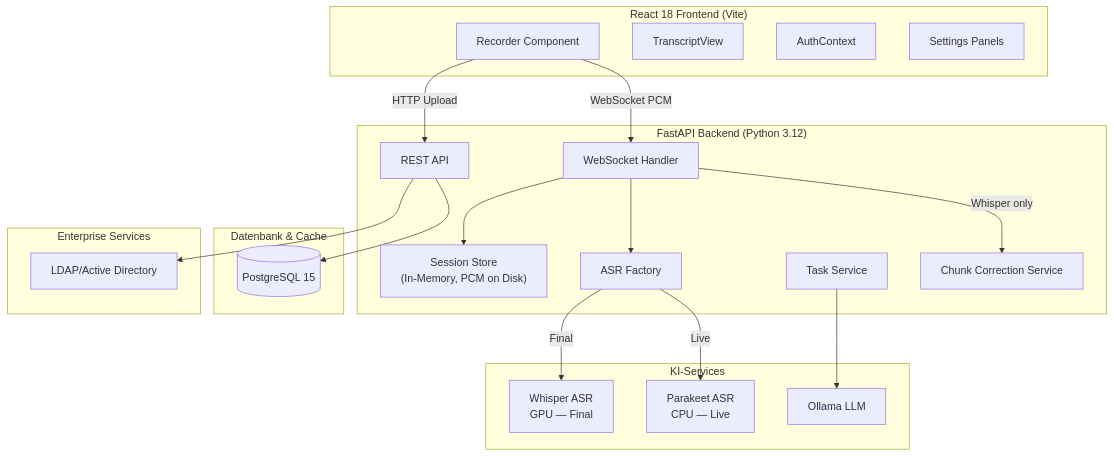
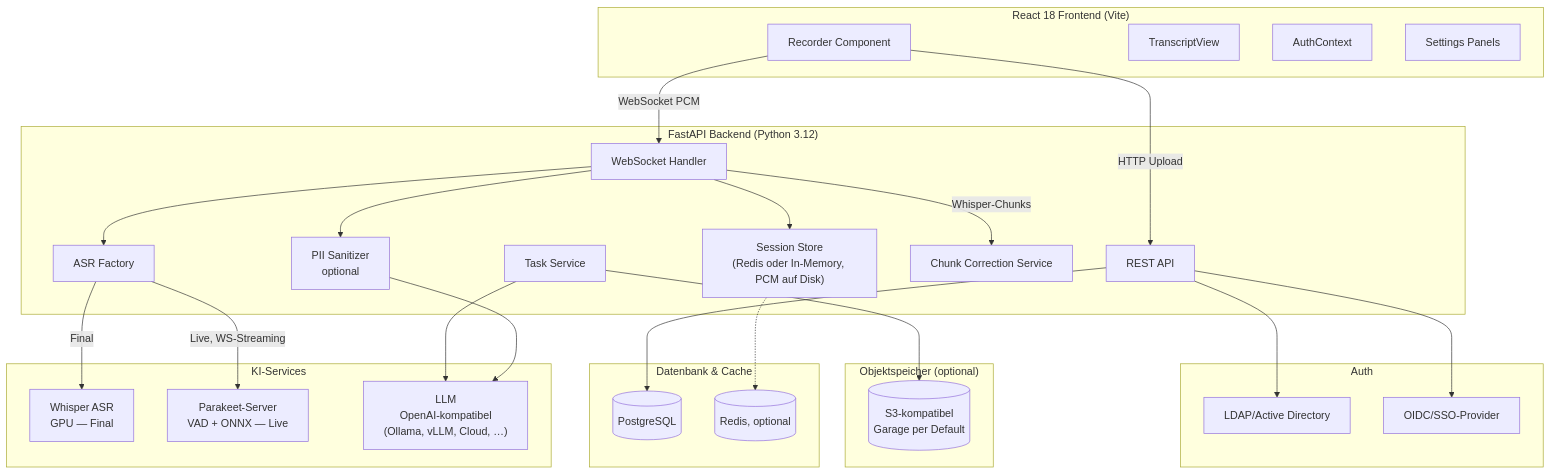
One commit to s2a-open-technologies/openDox changed the first of 4 diagrams in docs/opendox.md. Above: the diagram before and after it, drawn with Mermaid. The commit also changed other lines of this file and 28 other files, not shown here.

````diff
--- a/docs/opendox.md
+++ b/docs/opendox.md
@@ -27,43 +30,55 @@
 ```mermaid
 graph TB
     subgraph Frontend["React 18 Frontend (Vite)"]
         A[Recorder Component]
         B[TranscriptView]
         C[AuthContext]
         D[Settings Panels]
     end
-    
+
     subgraph Backend["FastAPI Backend (Python 3.12)"]
         E[WebSocket Handler]
         F[REST API]
-        G["Session Store<br/>(In-Memory, PCM on Disk)"]
+        G["Session Store<br/>(Redis oder In-Memory, PCM auf Disk)"]
         H[ASR Factory]
         I[Task Service]
         J[Chunk Correction Service]
+        P[PII Sanitizer<br/>optional]
     end
-    
+
     subgraph Database["Datenbank & Cache"]
-        K[(PostgreSQL 15)]
+        K[(PostgreSQL)]
+        R[(Redis, optional)]
     end
-    
+
     subgraph AIServices["KI-Services"]
         L[Whisper ASR<br/>GPU — Final]
-        M[Parakeet ASR<br/>CPU — Live]
-        N[Ollama LLM]
+        M[Parakeet-Server<br/>VAD + ONNX — Live]
+        N["LLM<br/>OpenAI-kompatibel<br/>(Ollama, vLLM, Cloud, …)"]
     end
-    
-    subgraph Enterprise["Enterprise Services"]
+
+    subgraph Storage["Objektspeicher (optional)"]
+        S[("S3-kompatibel<br/>Garage per Default")]
+    end
+
+    subgraph Enterprise["Auth"]
         O[LDAP/Active Directory]
+        Q[OIDC/SSO-Provider]
     end
-    
+
     A -->|WebSocket PCM| E
     A -->|HTTP Upload| F
     E --> G
+    G -.-> R
     E --> H
-    H -->|Live| M
+    H -->|Live, WS-Streaming| M
     H -->|Final| L
-    E -->|Whisper only| J
+    E -->|Whisper-Chunks| J
+    E --> P
+    P --> N
     F --> K
     F --> O
+    F --> Q
     I --> N
+    I --> S
 ```
````
